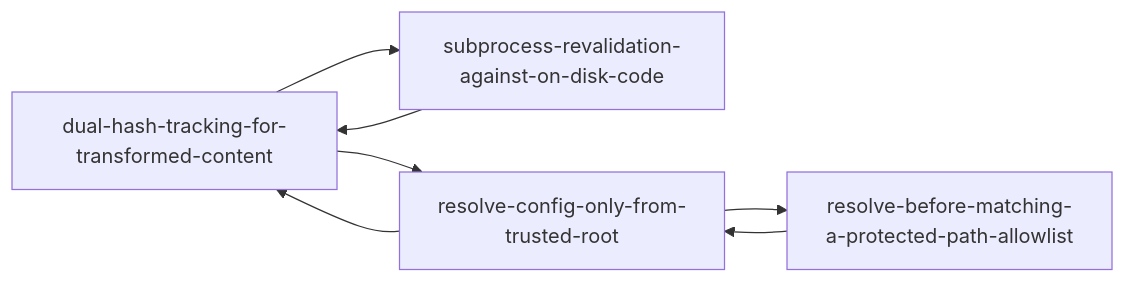
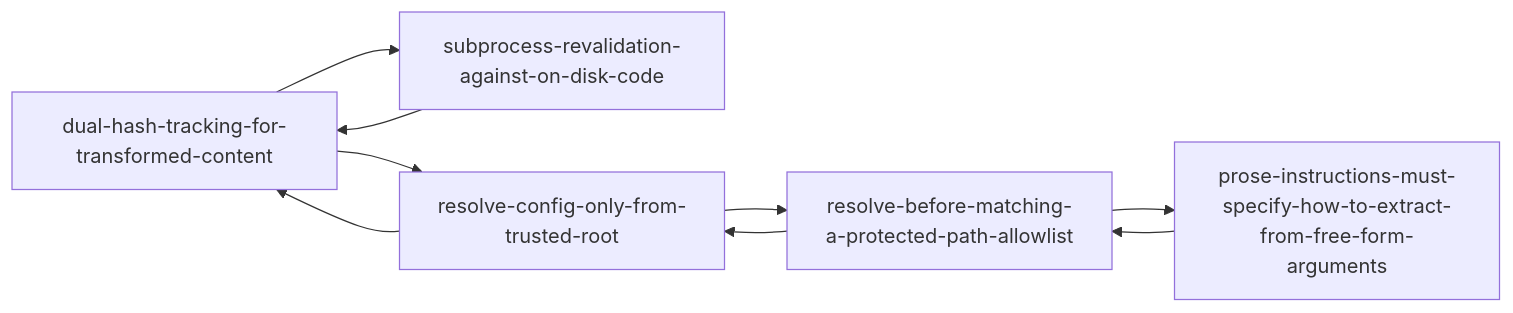
Before and after one commit to masterpol/ai-workflow: the diagram in .project/knowledge/index.md, drawn with Mermaid. The commit also changed other lines of this file and 13 other files, not shown here.

````diff
--- a/.project/knowledge/index.md
+++ b/.project/knowledge/index.md
@@ -40,9 +44,11 @@
 ```mermaid
 graph LR
   dual-hash-tracking-for-transformed-content --> subprocess-revalidation-against-on-disk-code
   dual-hash-tracking-for-transformed-content --> resolve-config-only-from-trusted-root
   resolve-before-matching-a-protected-path-allowlist --> resolve-config-only-from-trusted-root
+  resolve-before-matching-a-protected-path-allowlist --> prose-instructions-must-specify-how-to-extract-from-free-form-arguments
   resolve-config-only-from-trusted-root --> dual-hash-tracking-for-transformed-content
   resolve-config-only-from-trusted-root --> resolve-before-matching-a-protected-path-allowlist
   subprocess-revalidation-against-on-disk-code --> dual-hash-tracking-for-transformed-content
+  prose-instructions-must-specify-how-to-extract-from-free-form-arguments --> resolve-before-matching-a-protected-path-allowlist
 ```
````
